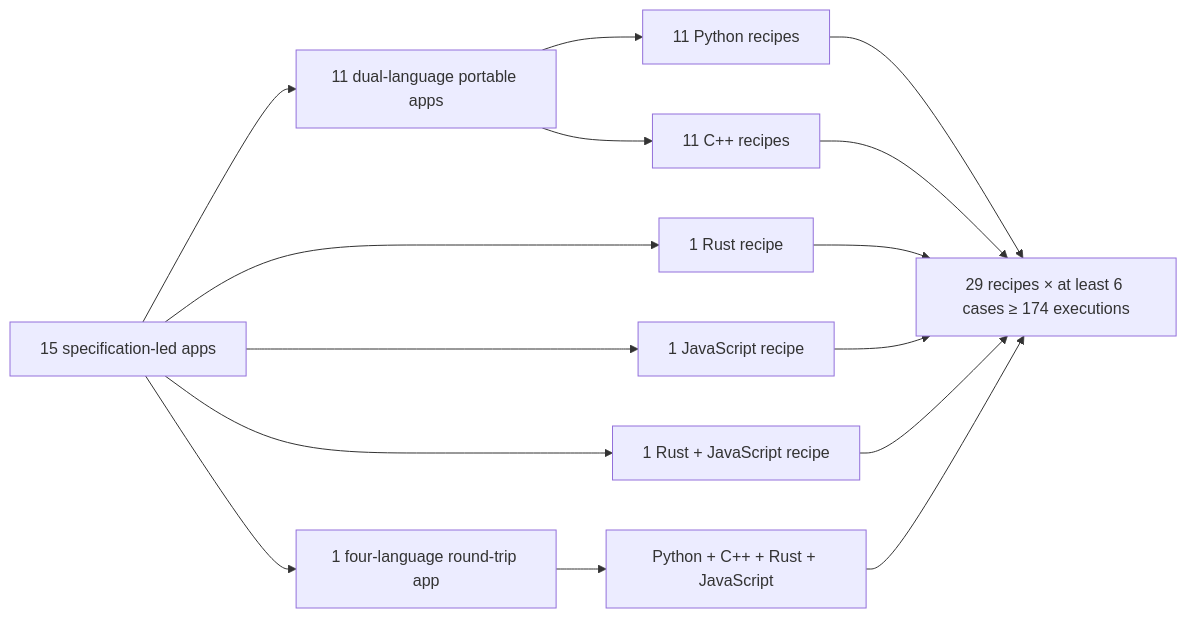
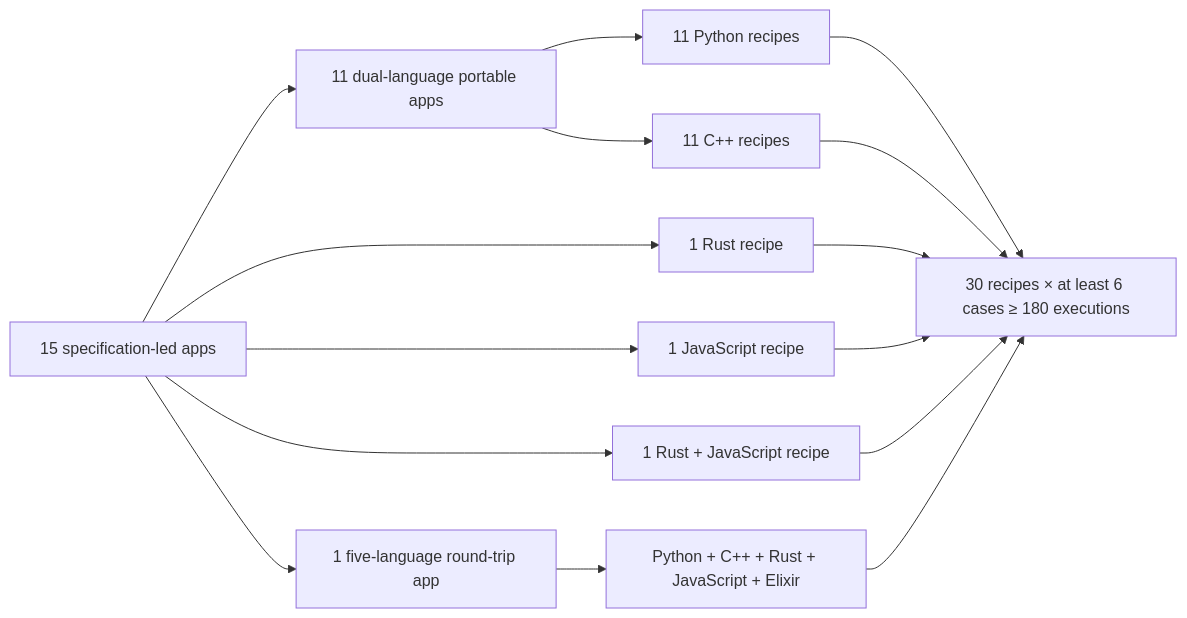
The third of 8 diagrams in docs/user/samples.md (NVShawn/literate-ai), drawn with Mermaid before and after one commit. The commit also changed other lines of this file and 140 other files, not shown here.

````diff
--- a/docs/user/samples.md
+++ b/docs/user/samples.md
@@ -338,17 +341,17 @@
 ```mermaid
 flowchart LR
     A["15 specification-led apps"] --> B["11 dual-language portable apps"]
     B --> P["11 Python recipes"]
     B --> C["11 C++ recipes"]
     A --> R["1 Rust recipe"]
     A --> J["1 JavaScript recipe"]
     A --> F["1 Rust + JavaScript recipe"]
-    A --> X["1 four-language round-trip app"]
-    X --> XP["Python + C++ + Rust + JavaScript"]
-    P --> T["29 recipes × at least 6 cases ≥ 174 executions"]
+    A --> X["1 five-language round-trip app"]
+    X --> XP["Python + C++ + Rust + JavaScript + Elixir"]
+    P --> T["30 recipes × at least 6 cases ≥ 180 executions"]
     C --> T
     R --> T
     J --> T
     F --> T
     XP --> T
 ```
````
